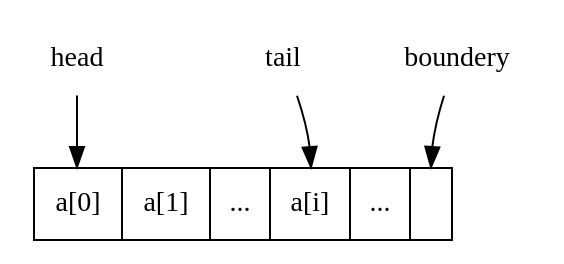
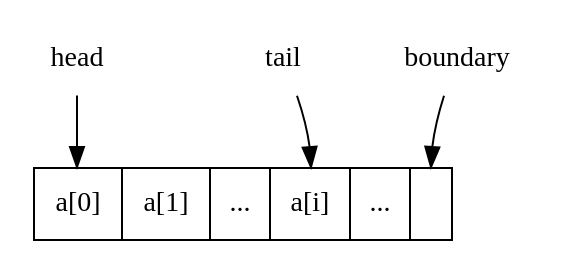
Before and after one commit to liuxinyu95/AlgoXY: the diagram in datastruct/elementary/queue/img/ring-buf-1.dot, drawn with Graphviz. The commit also changed 5 other files, not shown here.

```diff
--- a/datastruct/elementary/queue/img/ring-buf-1.dot
+++ b/datastruct/elementary/queue/img/ring-buf-1.dot
@@ -1,11 +1,11 @@
 digraph G{
 	margin="0"
 	node[shape=record]
 	buf[label="<h>a[0]|a[1]|...|<t>a[i]|...|<max>"];
 	head[shape=plaintext];
 	tail[shape=plaintext];
-	boundery[shape=plaintext];
+	boundary[shape=plaintext];
 	head->buf:h;
 	tail->buf:t;
-	boundery->buf:max;
+	boundary->buf:max;
 }
```
